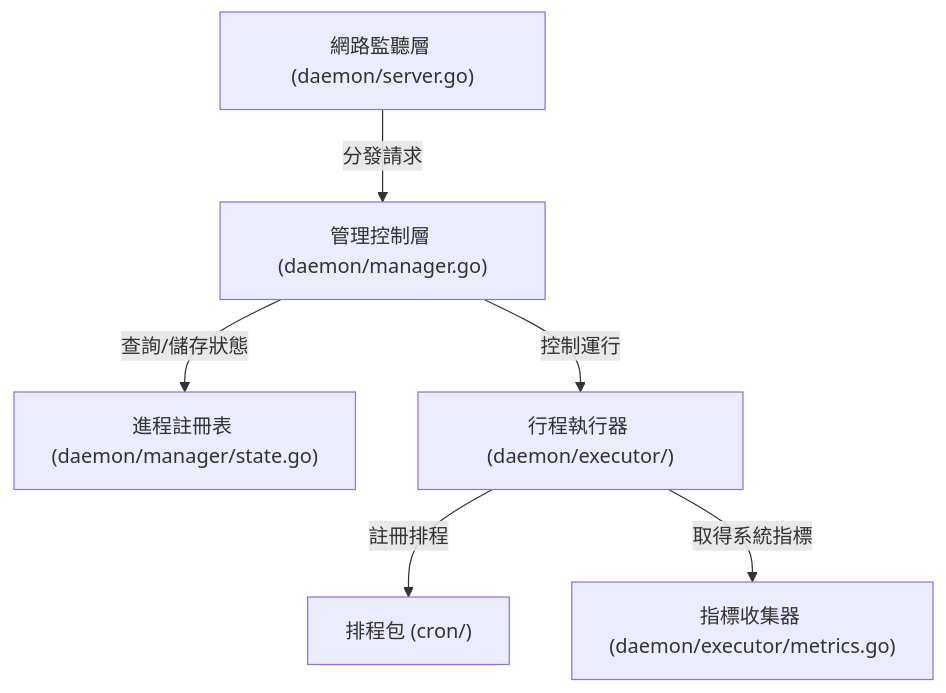
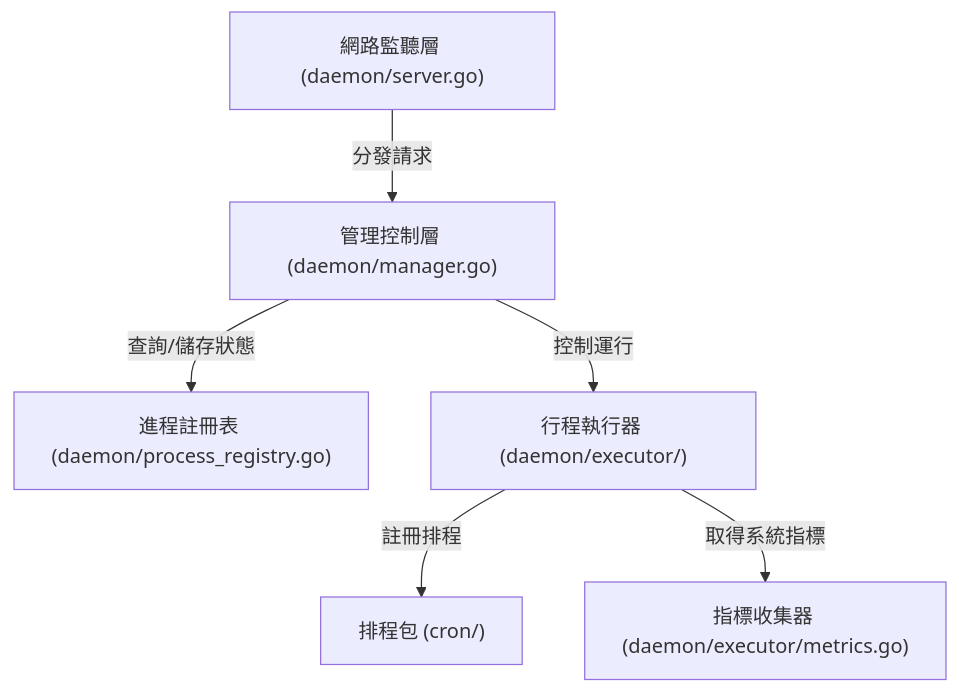
Before and after one commit to BizShuk/pm2: the diagram in docs/specs/extract-protocol-package.md, drawn with Mermaid. The commit also changed other lines of this file and 15 other files, not shown here.

Commit message:
refactor: extract process management logic into a new ProcessRegistry component to improve state isolation and locking granularity

````diff
--- a/docs/specs/extract-protocol-package.md
+++ b/docs/specs/extract-protocol-package.md
@@ -59,8 +59,8 @@
 ```mermaid
 flowchart TD
     Socket["網路監聽層 (daemon/server.go)"] -->|"分發請求"| Mgr["管理控制層 (daemon/manager.go)"]
-    Mgr -->|"查詢/儲存狀態"| Registry["進程註冊表 (daemon/manager/state.go)"]
+    Mgr -->|"查詢/儲存狀態"| Registry["進程註冊表 (daemon/process_registry.go)"]
     Mgr -->|"控制運行"| Executor["行程執行器 (daemon/executor/)"]
     Executor -->|"註冊排程"| Cron["排程包 (cron/)"]
     Executor -->|"取得系統指標"| Metrics["指標收集器 (daemon/executor/metrics.go)"]
 ```
````
